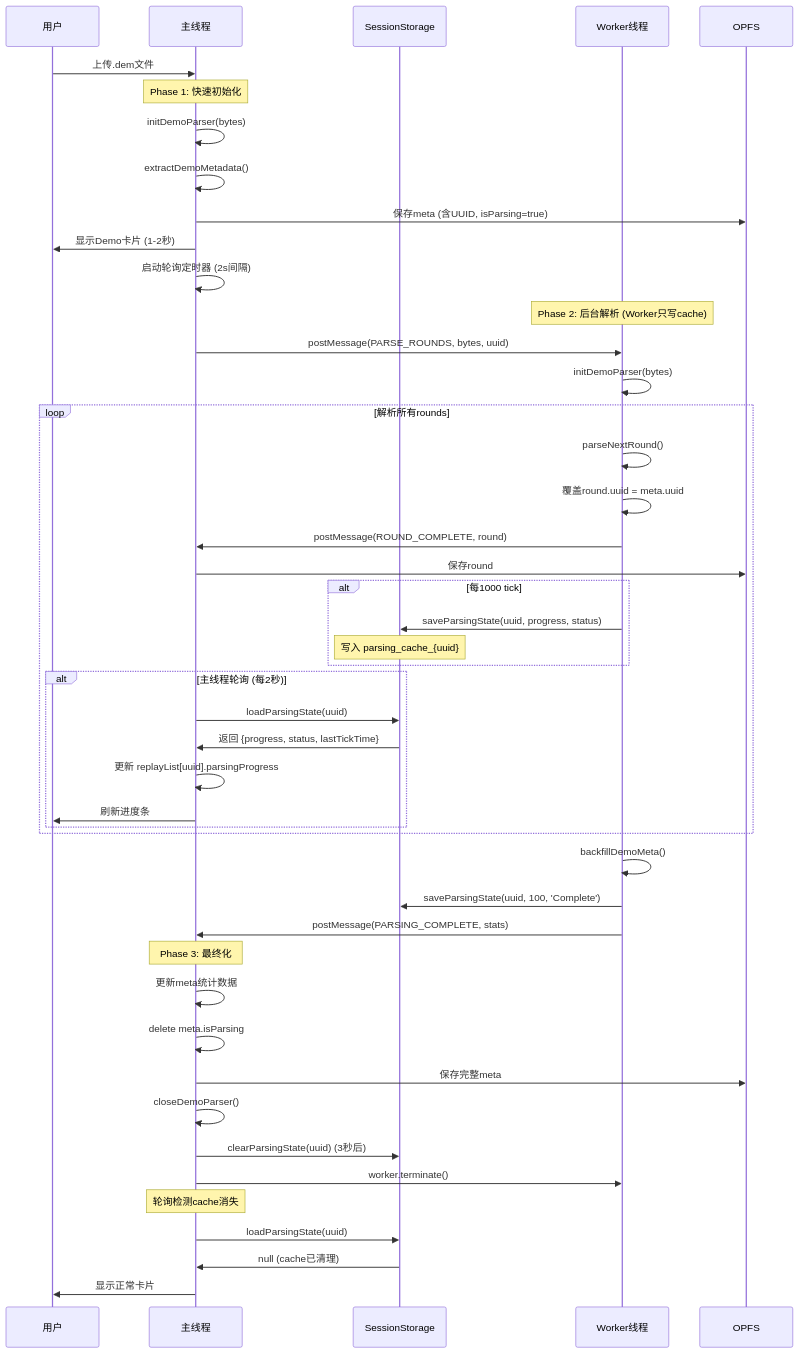
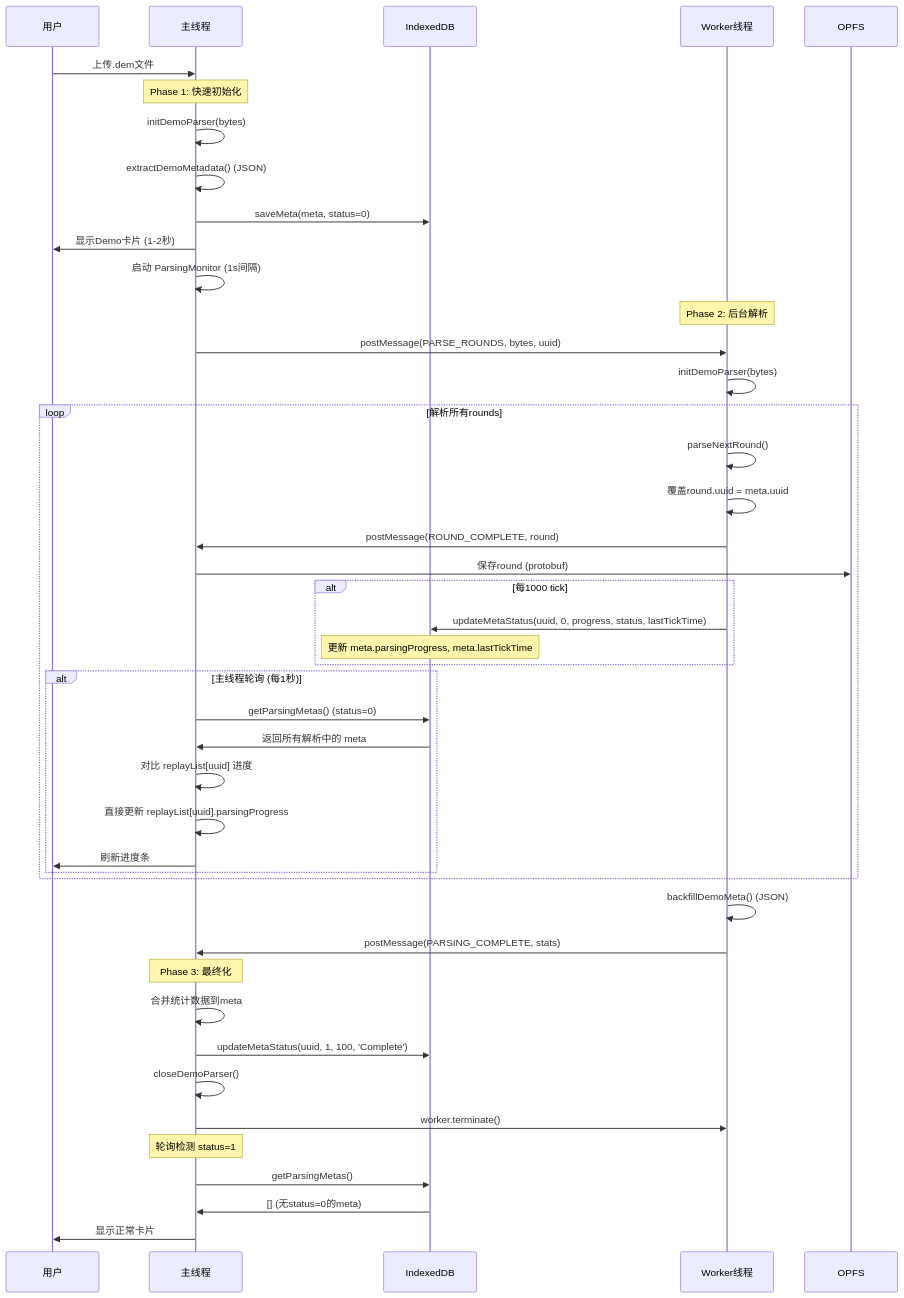
Before and after one commit to bugkingZHT/cs2-sandbox: the diagram in frontend/src/workers/README.md, drawn with Mermaid. The commit also changed other lines of this file and 13 other files, not shown here.

Commit message:
refactor: 重构存储逻辑, meta in indexDB, rounds in OPFS

````diff
--- a/frontend/src/workers/README.md
+++ b/frontend/src/workers/README.md
@@ -46,57 +46,55 @@
 ```mermaid
 sequenceDiagram
     participant U as 用户
     participant M as 主线程
-    participant C as SessionStorage
+    participant IDB as IndexedDB
     participant W as Worker线程
-    participant DB as OPFS
+    participant OPFS as OPFS
     
     U->>M: 上传.dem文件
     
     Note over M: Phase 1: 快速初始化
     M->>M: initDemoParser(bytes)
-    M->>M: extractDemoMetadata()
-    M->>DB: 保存meta (含UUID, isParsing=true)
+    M->>M: extractDemoMetadata() (JSON)
+    M->>IDB: saveMeta(meta, status=0)
     M->>U: 显示Demo卡片 (1-2秒)
-    M->>M: 启动轮询定时器 (2s间隔)
+    M->>M: 启动 ParsingMonitor (1s间隔)
     
-    Note over W: Phase 2: 后台解析 (Worker只写cache)
+    Note over W: Phase 2: 后台解析
     M->>W: postMessage(PARSE_ROUNDS, bytes, uuid)
     W->>W: initDemoParser(bytes)
     
     loop 解析所有rounds
         W->>W: parseNextRound()
         W->>W: 覆盖round.uuid = meta.uuid
         W->>M: postMessage(ROUND_COMPLETE, round)
-        M->>DB: 保存round
+        M->>OPFS: 保存round (protobuf)
         
         alt 每1000 tick
-            W->>C: saveParsingState(uuid, progress, status)
-            Note over C: 写入 parsing_cache_{uuid}
+            W->>IDB: updateMetaStatus(uuid, 0, progress, status, lastTickTime)
+            Note over IDB: 更新 meta.parsingProgress, meta.lastTickTime
         end
         
-        alt 主线程轮询 (每2秒)
-            M->>C: loadParsingState(uuid)
-            C->>M: 返回 {progress, status, lastTickTime}
-            M->>M: 更新 replayList[uuid].parsingProgress
+        alt 主线程轮询 (每1秒)
+            M->>IDB: getParsingMetas() (status=0)
+            IDB->>M: 返回所有解析中的 meta
+            M->>M: 对比 replayList[uuid] 进度
+            M->>M: 直接更新 replayList[uuid].parsingProgress
             M->>U: 刷新进度条
         end
     end
     
-    W->>W: backfillDemoMeta()
-    W->>C: saveParsingState(uuid, 100, 'Complete')
+    W->>W: backfillDemoMeta() (JSON)
     W->>M: postMessage(PARSING_COMPLETE, stats)
     
     Note over M: Phase 3: 最终化
-    M->>M: 更新meta统计数据
-    M->>M: delete meta.isParsing
-    M->>DB: 保存完整meta
+    M->>M: 合并统计数据到meta
+    M->>IDB: updateMetaStatus(uuid, 1, 100, 'Complete')
     M->>M: closeDemoParser()
-    M->>C: clearParsingState(uuid) (3秒后)
     M->>W: worker.terminate()
     
-    Note over M: 轮询检测cache消失
-    M->>C: loadParsingState(uuid)
-    C->>M: null (cache已清理)
+    Note over M: 轮询检测 status=1
+    M->>IDB: getParsingMetas()
+    IDB->>M: [] (无status=0的meta)
     M->>U: 显示正常卡片
 ```
````
